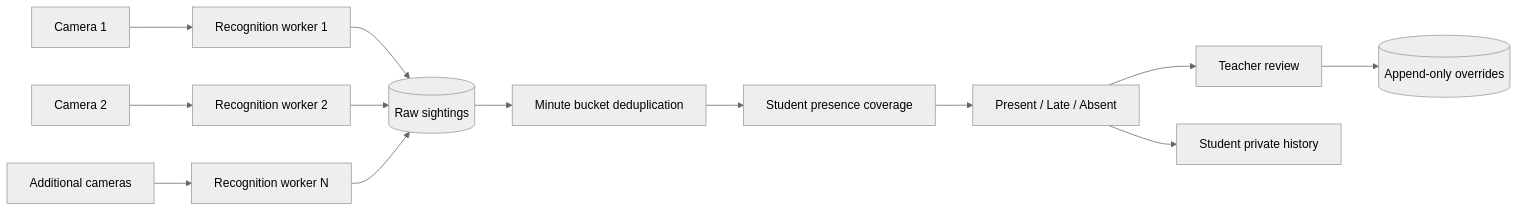
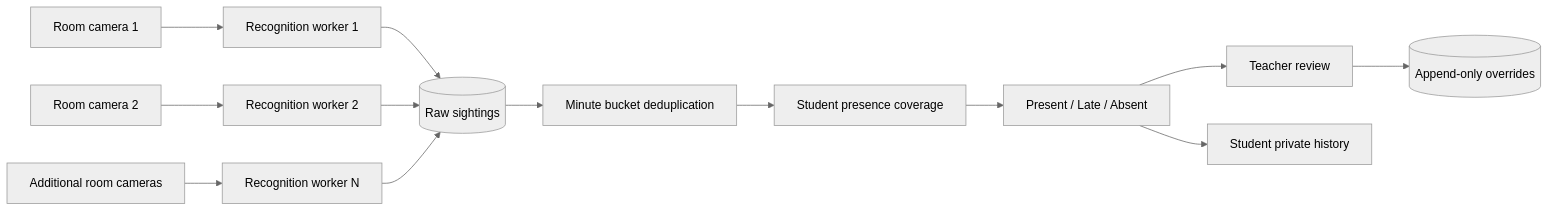
Before and after one commit to shubhamxdd/a: the first of 2 diagrams in README.md, drawn with Mermaid (neutral theme). The commit also changed other lines of this file, not shown here.

Commit message:
docs: update room camera workflows

````diff
--- a/README.md
+++ b/README.md
@@ -43,15 +46,15 @@
 ```mermaid
 flowchart LR
-    A[Camera 1] --> W1[Recognition worker 1]
-    B[Camera 2] --> W2[Recognition worker 2]
-    C[Additional cameras] --> W3[Recognition worker N]
+    A[Room camera 1] --> W1[Recognition worker 1]
+    B[Room camera 2] --> W2[Recognition worker 2]
+    C[Additional room cameras] --> W3[Recognition worker N]
     W1 --> S[(Raw sightings)]
     W2 --> S
     W3 --> S
     S --> D[Minute bucket deduplication]
     D --> P[Student presence coverage]
     P --> R[Present / Late / Absent]
     R --> T[Teacher review]
     T --> O[(Append-only overrides)]
     R --> U[Student private history]
 ```
````
